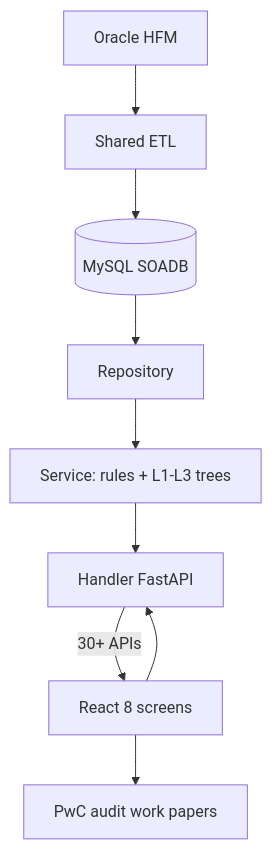
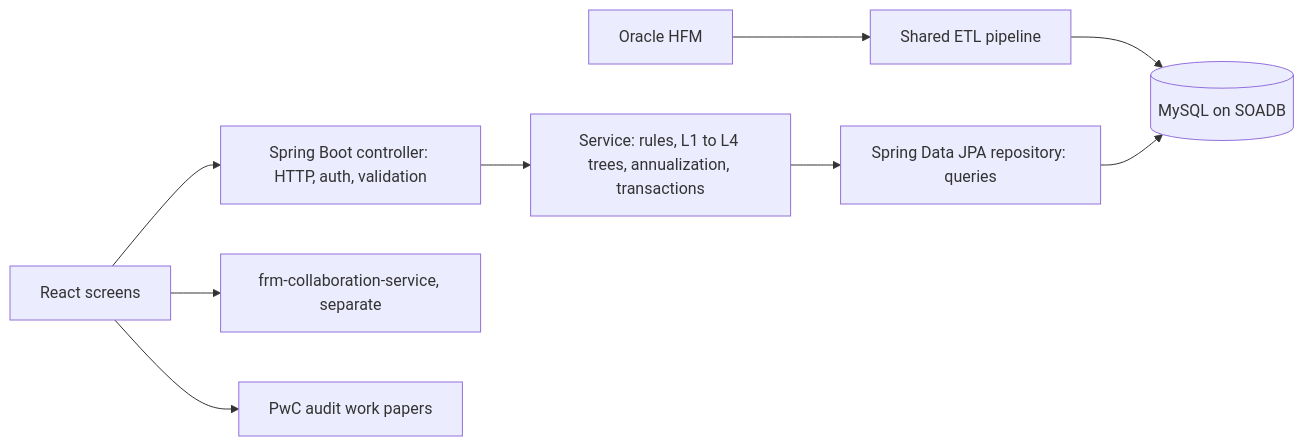
The first of 3 diagrams in final_java_pygo_ia/campaign_extras/interview_prep/projects/02_03_uber_frm_menu.md (TM-DEV-PRO/final-resume), drawn with Mermaid before and after one commit. The commit also changed other lines of this file and 617 other files, not shown here.

````diff
--- a/final_java_pygo_ia/campaign_extras/interview_prep/projects/02_03_uber_frm_menu.md
+++ b/final_java_pygo_ia/campaign_extras/interview_prep/projects/02_03_uber_frm_menu.md
@@ -46,11 +52,11 @@
 ```mermaid
-flowchart TB
-  HFM[Oracle HFM] --> ETL[Shared ETL]
-  ETL --> MySQL[(MySQL SOADB)]
-  MySQL --> Repo[Repository]
-  Repo --> Svc[Service: rules + L1-L3 trees]
-  Svc --> H[Handler FastAPI]
-  UI[React 8 screens] --> H
-  H -->|30+ APIs| UI
-  UI --> PwC[PwC audit work papers]
+flowchart LR
+  HFM["Oracle HFM"] --> ETL["Shared ETL pipeline"]
+  ETL --> DB[("MySQL on SOADB")]
+  UI["React screens"] --> H["Spring Boot controller: HTTP, auth, validation"]
+  H --> S["Service: rules, L1 to L4 trees, annualization, transactions"]
+  S --> R["Spring Data JPA repository: queries"]
+  R --> DB
+  UI --> COLLAB["frm-collaboration-service, separate"]
+  UI --> PWC["PwC audit work papers"]
 ```
````
